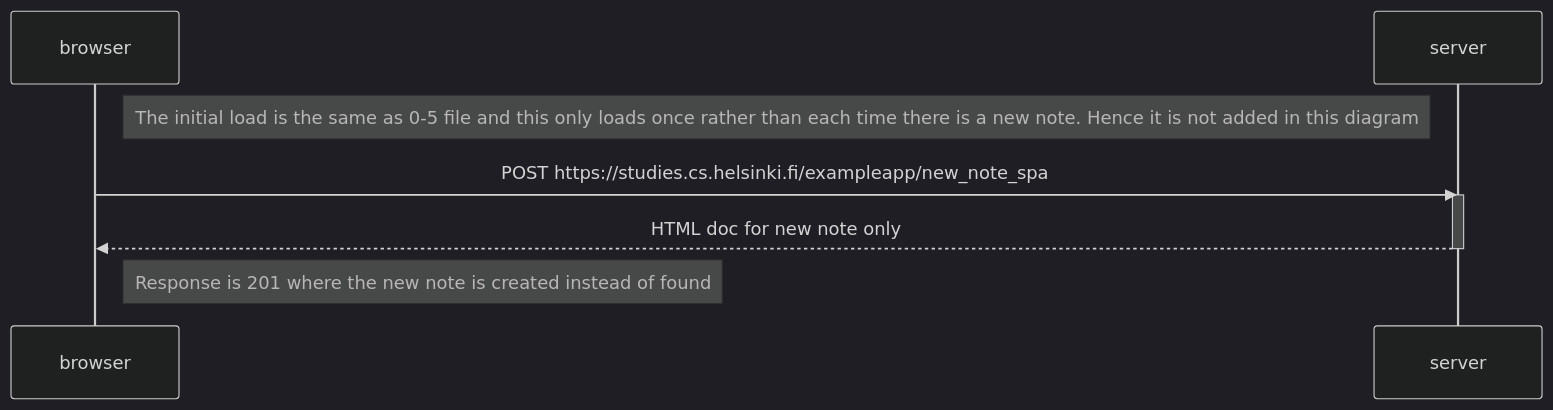
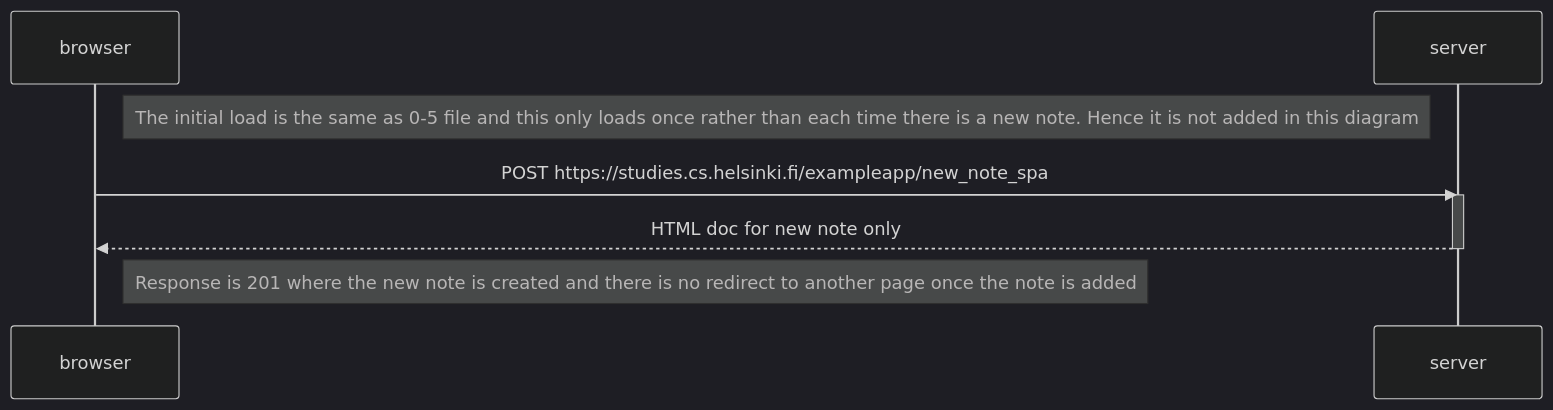
The diagram in 0-6-newNoteSpaVersion.md (Minttyy/FullStackOpenCourse), drawn with Mermaid (dark theme) before and after one commit.

Commit message:
Clarify response note for new note creation

````diff
--- a/0-6-newNoteSpaVersion.md
+++ b/0-6-newNoteSpaVersion.md
@@ -1,13 +1,13 @@
 ```mermaid
 sequenceDiagram
   participant browser
   participant server
 
   Note right of browser: The initial load is the same as 0-5 file and this only loads once rather than each time there is a new note. Hence it is not added in this diagram
 
   browser->>server: POST https://studies.cs.helsinki.fi/exampleapp/new_note_spa
   activate server
   server-->>browser: HTML doc for new note only
 	deactivate server
-  Note right of browser: Response is 201 where the new note is created instead of found
+  Note right of browser: Response is 201 where the new note is created and there is no redirect to another page once the note is added
 ```
````
